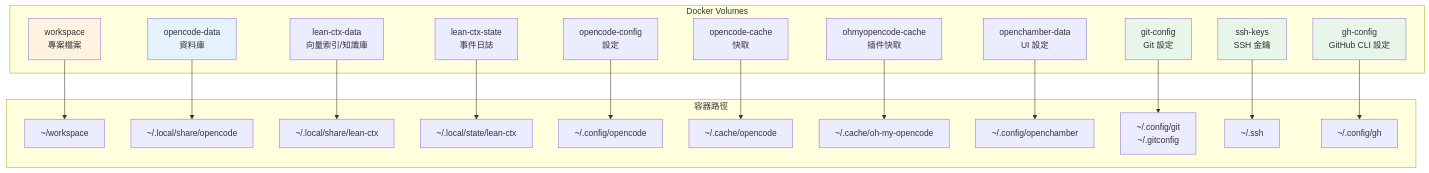
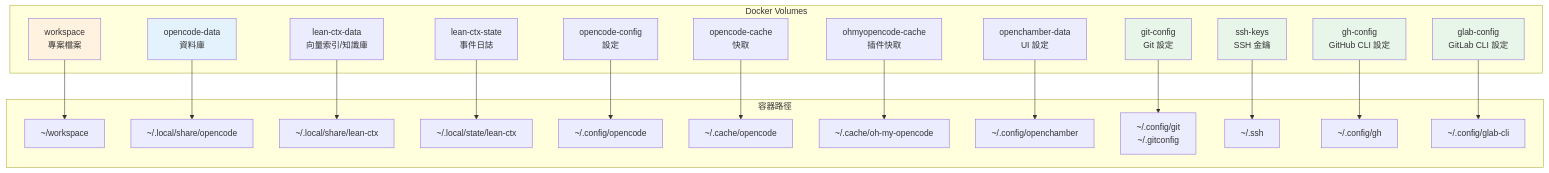
The seventh of 10 diagrams in docs/ARCHITECTURE.md (tryweb/ai-engkit), drawn with Mermaid before and after one commit. The commit also changed other lines of this file, not shown here.

First line of the commit message:
docs(architecture): add missing 06-* entrypoints and glab-config volume

````diff
--- a/docs/ARCHITECTURE.md
+++ b/docs/ARCHITECTURE.md
@@ -217,48 +217,52 @@
 ```mermaid
 graph TB
     subgraph "Docker Volumes"
         VOL_WS["workspace<br/>專案檔案"]
         VOL_DATA["opencode-data<br/>資料庫"]
         VOL_CONFIG["opencode-config<br/>設定"]
         VOL_CACHE["opencode-cache<br/>快取"]
         VOL_OHMY["ohmyopencode-cache<br/>插件快取"]
         VOL_CHAMBER["openchamber-data<br/>UI 設定"]
         VOL_GIT["git-config<br/>Git 設定"]
         VOL_SSH["ssh-keys<br/>SSH 金鑰"]
         VOL_GH["gh-config<br/>GitHub CLI 設定"]
+        VOL_GLAB["glab-config<br/>GitLab CLI 設定"]
         VOL_LC_DATA["lean-ctx-data<br/>向量索引/知識庫"]
         VOL_LC_STATE["lean-ctx-state<br/>事件日誌"]
     end
 
     subgraph "容器路徑"
         C_WS["~/workspace"]
         C_DATA["~/.local/share/opencode"]
         C_LC_DATA["~/.local/share/lean-ctx"]
         C_LC_STATE["~/.local/state/lean-ctx"]
         C_CONFIG["~/.config/opencode"]
         C_CACHE["~/.cache/opencode"]
         C_OHMY["~/.cache/oh-my-opencode"]
         C_CHAMBER["~/.config/openchamber"]
         C_GIT["~/.config/git<br/>~/.gitconfig"]
         C_SSH["~/.ssh"]
         C_GH["~/.config/gh"]
+        C_GLAB["~/.config/glab-cli"]
     end
 
     VOL_WS --> C_WS
     VOL_DATA --> C_DATA
     VOL_CONFIG --> C_CONFIG
     VOL_CACHE --> C_CACHE
     VOL_OHMY --> C_OHMY
     VOL_CHAMBER --> C_CHAMBER
     VOL_GIT --> C_GIT
     VOL_SSH --> C_SSH
     VOL_GH --> C_GH
+    VOL_GLAB --> C_GLAB
     VOL_LC_DATA --> C_LC_DATA
     VOL_LC_STATE --> C_LC_STATE
 
     style VOL_WS fill:#fff3e0
     style VOL_DATA fill:#e3f2fd
     style VOL_GIT fill:#e8f5e9
     style VOL_SSH fill:#e8f5e9
     style VOL_GH fill:#e8f5e9
+    style VOL_GLAB fill:#e8f5e9
 ```
````
